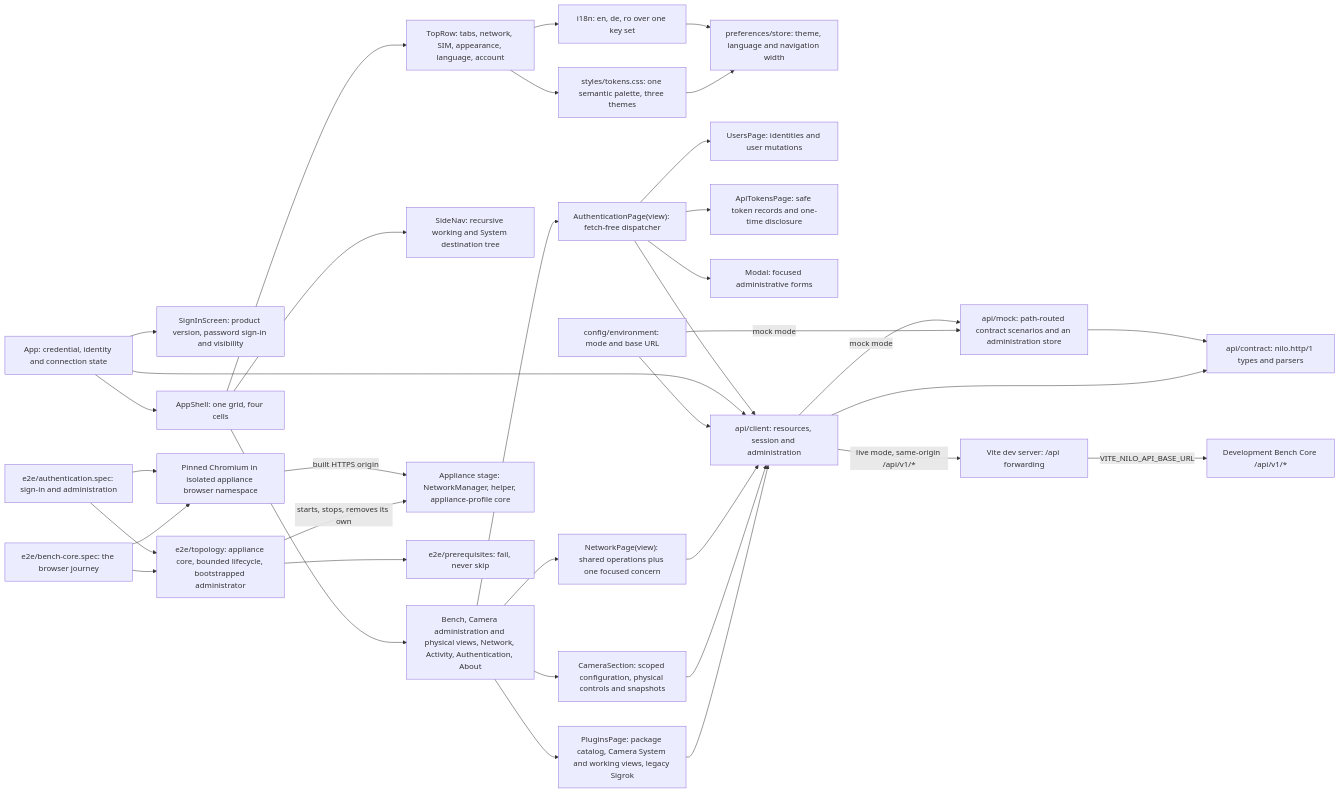
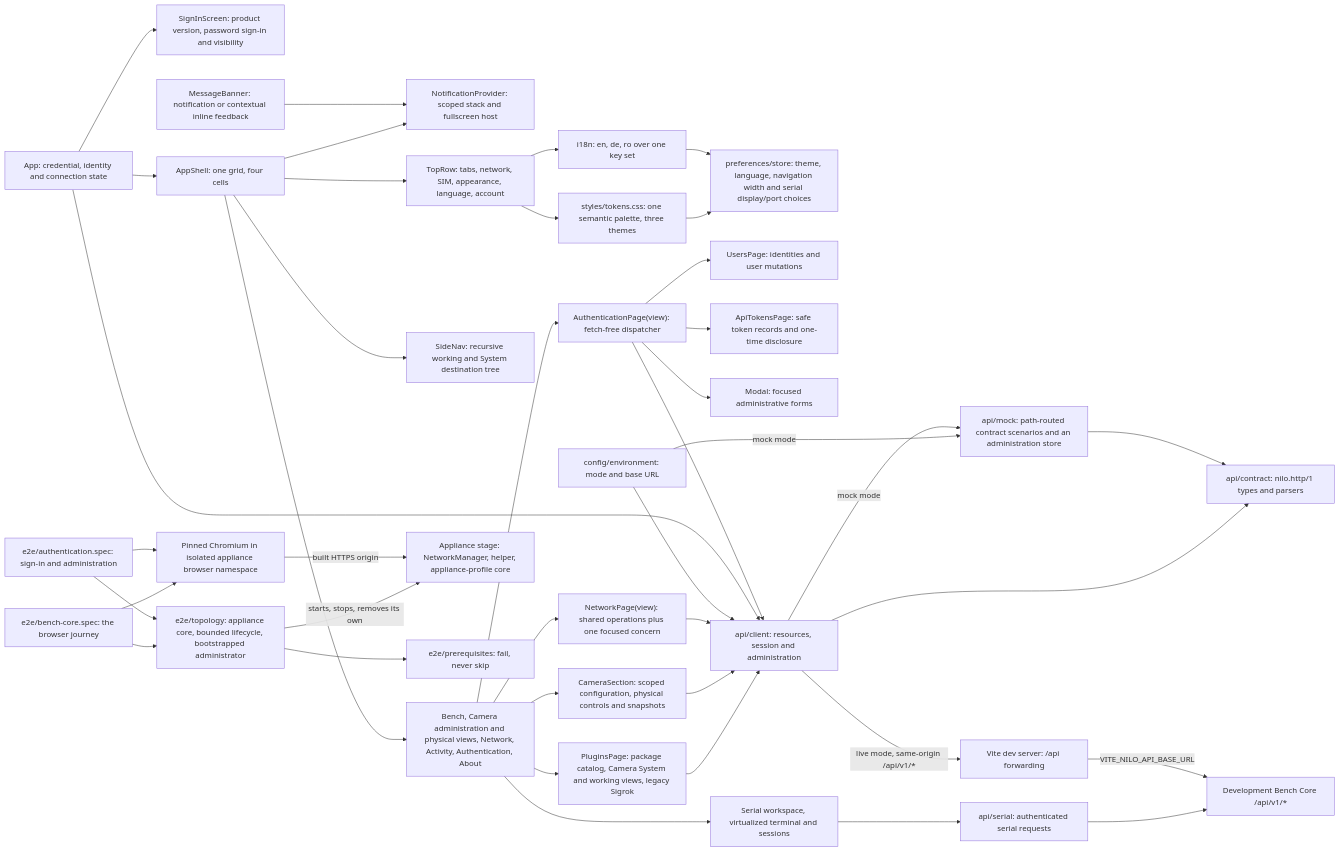
The diagram in .agentic/knowledge/gui-foundation.md (DDP-Engineering/2026_Networked_Intelligent_Lab_Orchestrator), drawn with Mermaid before and after one commit. The commit also changed other lines of this file and 160 other files, not shown here.

First line of the commit message:
feat: add USB serial instruments and live readiness navigation

````diff
--- a/.agentic/knowledge/gui-foundation.md
+++ b/.agentic/knowledge/gui-foundation.md
@@ -302,64 +350,71 @@
 ```mermaid
 flowchart LR
     app["App: credential, identity and connection state"]
     signin["SignInScreen: product version, password sign-in and visibility"]
     shell["AppShell: one grid, four cells"]
+    notifications["NotificationProvider: scoped stack and fullscreen host"]
+    feedback["MessageBanner: notification or contextual inline feedback"]
+    shell --> notifications
+    feedback --> notifications
     toprow["TopRow: tabs, network, SIM, appearance, language, account"]
     sidenav["SideNav: recursive working and System destination tree"]
     pages["Bench, Camera administration and physical views, Network, Activity, Authentication, About"]
     tokens["styles/tokens.css: one semantic palette, three themes"]
     catalogue["i18n: en, de, ro over one key set"]
-    prefs["preferences/store: theme, language and navigation width"]
+    prefs["preferences/store: theme, language, navigation width and serial display/port choices"]
     admin["AuthenticationPage(view): fetch-free dispatcher"]
     users["UsersPage: identities and user mutations"]
     apitokens["ApiTokensPage: safe token records and one-time disclosure"]
     netpage["NetworkPage(view): shared operations plus one focused concern"]
     modal["Modal: focused administrative forms"]
     env["config/environment: mode and base URL"]
     client["api/client: resources, session and administration"]
     contract["api/contract: nilo.http/1 types and parsers"]
     mock["api/mock: path-routed contract scenarios and an administration store"]
     proxy["Vite dev server: /api forwarding"]
     backend["Development Bench Core /api/v1/*"]
     appliance["Appliance stage: NetworkManager, helper, appliance-profile core"]
     app --> signin
     app --> shell
     shell --> toprow
     shell --> sidenav
     shell --> pages
     pages --> instruments["PluginsPage: package catalog, Camera System and working views, legacy Sigrok"]
     instruments --> client
     pages --> camera["CameraSection: scoped configuration, physical controls and snapshots"]
     camera --> client
+    pages --> serial["Serial workspace, virtualized terminal and sessions"]
+    serial --> serialapi["api/serial: authenticated serial requests"]
+    serialapi --> backend
     pages --> admin
     admin --> users
     admin --> apitokens
     pages --> netpage
     netpage --> client
     admin --> modal
     toprow --> tokens
     toprow --> catalogue
     tokens --> prefs
     catalogue --> prefs
     env --> client
     env -- "mock mode" --> mock
     client --> contract
     mock --> contract
     app --> client
     admin --> client
     client -- "live mode, same-origin /api/v1/*" --> proxy
     proxy -- "VITE_NILO_API_BASE_URL" --> backend
     client -- "mock mode" --> mock
     harness["e2e/topology: appliance core, bounded lifecycle, bootstrapped administrator"]
     prereq["e2e/prerequisites: fail, never skip"]
     spec["e2e/bench-core.spec: the browser journey"]
     adminspec["e2e/authentication.spec: sign-in and administration"]
     browser["Pinned Chromium in isolated appliance browser namespace"]
     harness --> prereq
     harness -- "starts, stops, removes its own" --> appliance
     spec --> harness
     adminspec --> harness
     spec --> browser
     adminspec --> browser
     browser -- "built HTTPS origin" --> appliance
 ```
````
